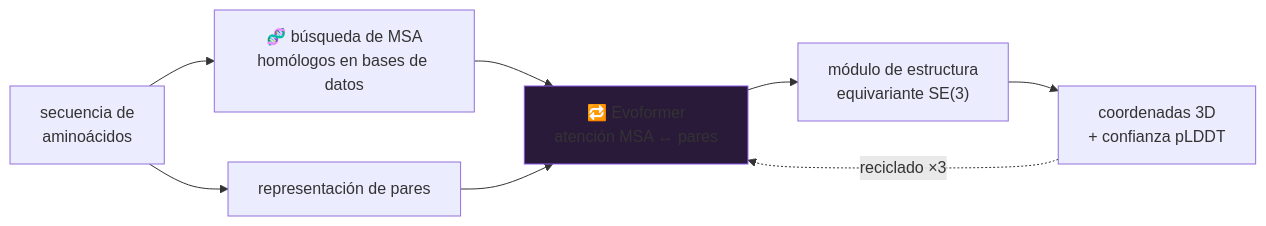
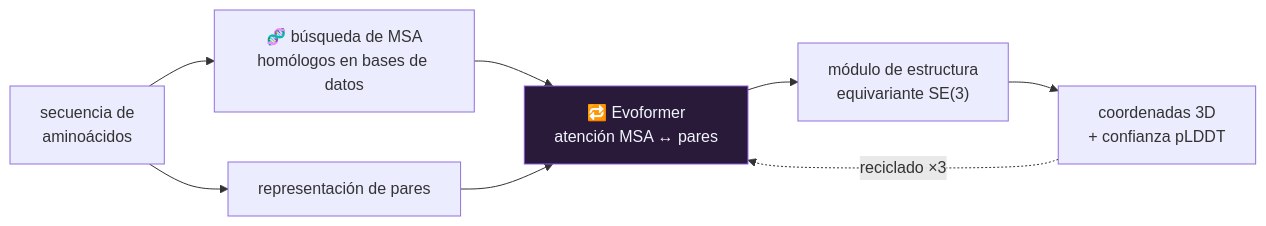
Before and after one commit to vladimiracunadev-create/artificial-intelligence-evolution-program: the diagram in papers/foundational/P47_alphafold/README.md, drawn with Mermaid. The commit also changed 27 other files, not shown here.

First line of the commit message:
Compilaciones: Windows en tres formatos y APK versionado; contraste de diagramas

````diff
--- a/papers/foundational/P47_alphafold/README.md
+++ b/papers/foundational/P47_alphafold/README.md
@@ -84,11 +84,11 @@
 ```mermaid
 flowchart LR
     S["secuencia de<br/>aminoácidos"] --> M["🧬 búsqueda de MSA<br/>homólogos en bases de datos"]
     S --> P0["representación de pares"]
     M --> EV["🔁 Evoformer<br/>atención MSA ↔ pares"]
     P0 --> EV
     EV --> ST["módulo de estructura<br/>equivariante SE(3)"]
     ST --> C["coordenadas 3D<br/>+ confianza pLDDT"]
     C -.->|"reciclado ×3"| EV
-    style EV fill:#2a1a3a,stroke:#8957e5
+    style EV fill:#2a1a3a,stroke:#8957e5,color:#f0f6fc
 ```
````
